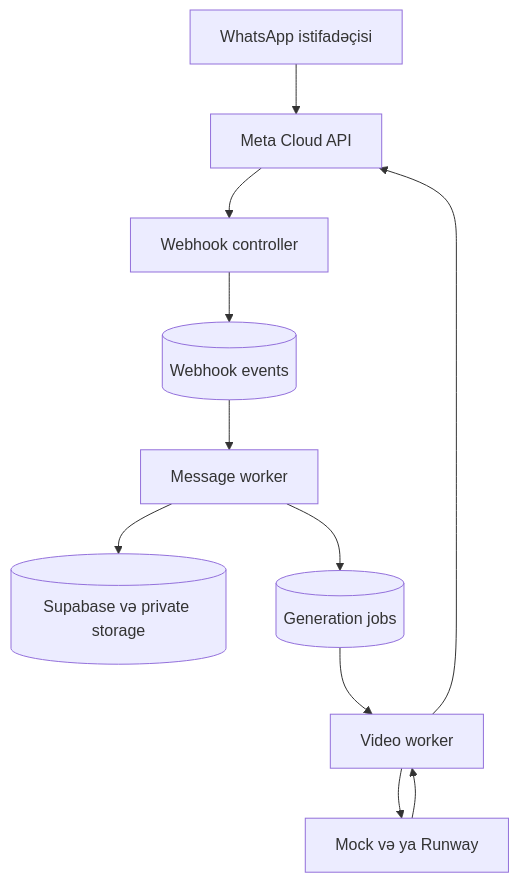
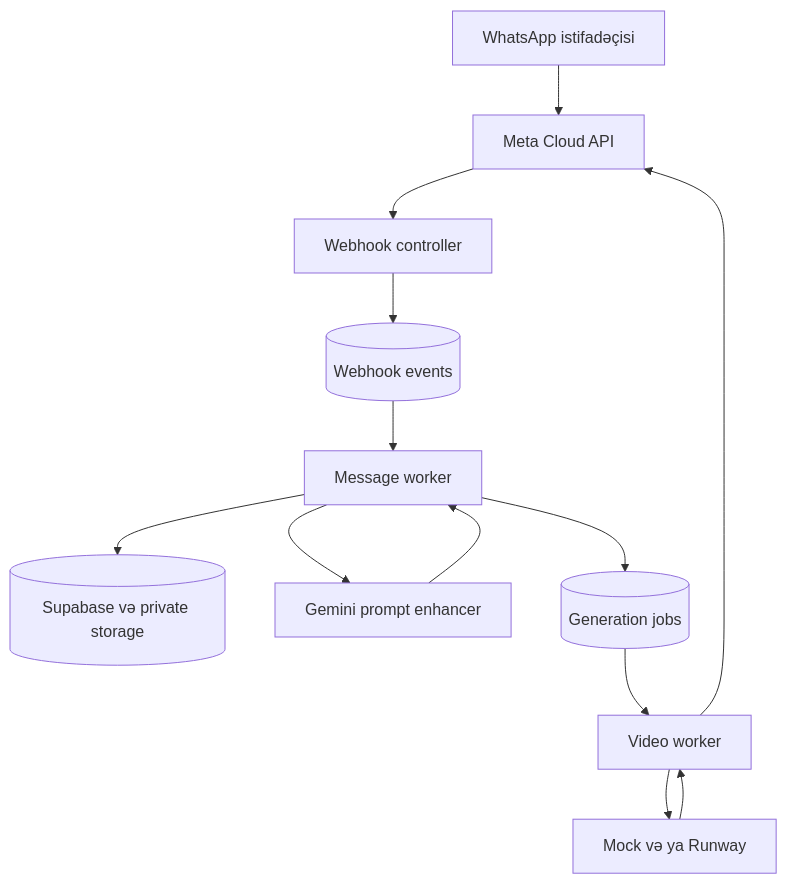
Before and after one commit to KhayyamMammadli/adyarat-backend: the diagram in docs/ARCHITECTURE.md, drawn with Mermaid. The commit also changed other lines of this file and 12 other files, not shown here.

````diff
--- a/docs/ARCHITECTURE.md
+++ b/docs/ARCHITECTURE.md
@@ -3,13 +3,15 @@
 ```mermaid
 flowchart TD
   U[WhatsApp istifadəçisi] --> M[Meta Cloud API]
   M --> W[Webhook controller]
   W --> E[(Webhook events)]
   E --> P[Message worker]
   P --> S[(Supabase və private storage)]
+  P --> A[Gemini prompt enhancer]
+  A --> P
   P --> J[(Generation jobs)]
   J --> G[Video worker]
   G --> V[Mock və ya Runway]
   V --> G
   G --> M
 ```
````
